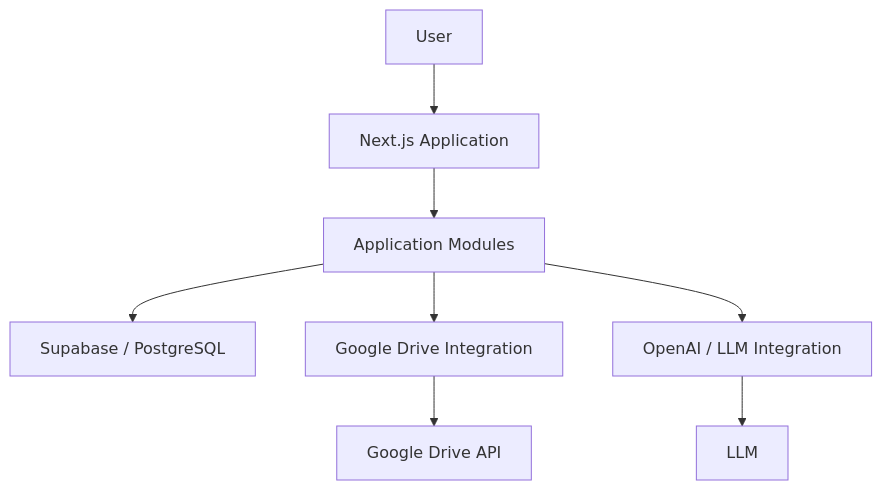
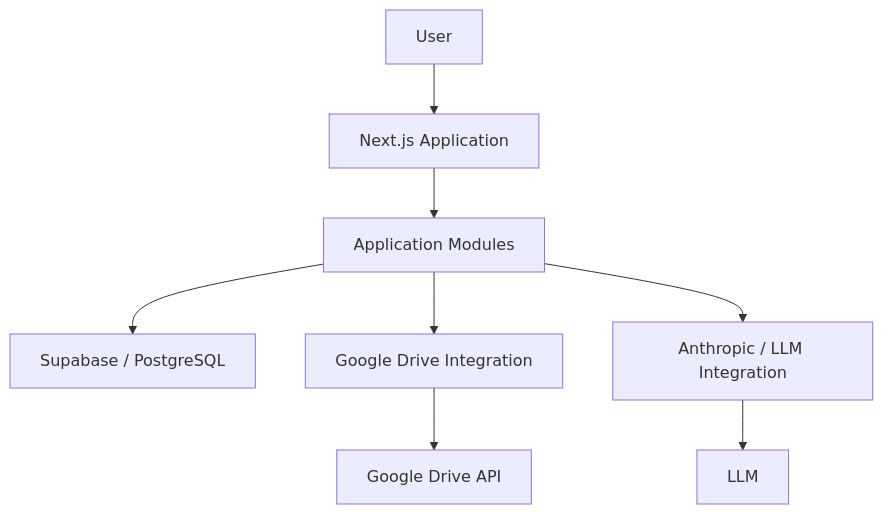
The first of 10 diagrams in docs/product-definitions/technical_architecture.md (velascode64/equi-document-intelligence-web-app), drawn with Mermaid before and after one commit. The commit also changed other lines of this file and 6 other files, not shown here.

Commit message:
Add Google Drive sync analyzer flow

````diff
--- a/docs/product-definitions/technical_architecture.md
+++ b/docs/product-definitions/technical_architecture.md
@@ -22,13 +26,13 @@
 ```mermaid
 flowchart TD
     A[User] --> B[Next.js Application]
 
     B --> C[Application Modules]
 
     C --> D[Supabase / PostgreSQL]
     C --> E[Google Drive Integration]
-    C --> F[OpenAI / LLM Integration]
+    C --> F[Anthropic / LLM Integration]
 
     E --> G[Google Drive API]
     F --> H[LLM]
 ```
````
